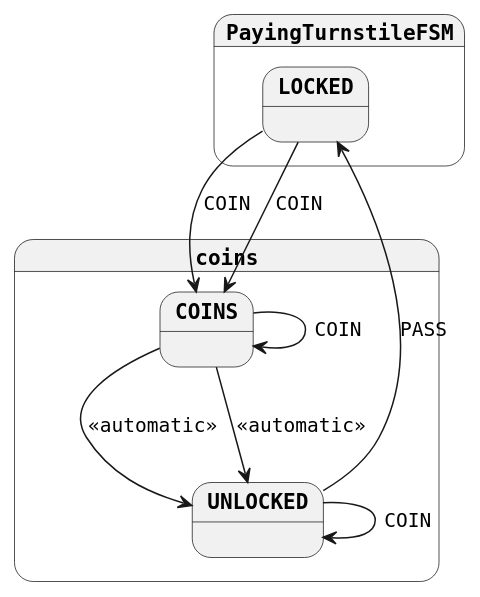
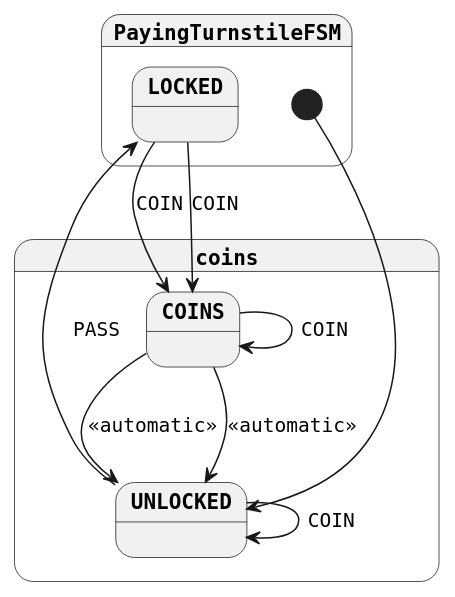
The diagram in generated/paying-turnstile-detail-simple.plantuml (open-jumpco/kfsm), drawn with PlantUML before and after one commit. The commit also changed 13 other files, not shown here.

```diff
--- a/generated/paying-turnstile-detail-simple.plantuml
+++ b/generated/paying-turnstile-detail-simple.plantuml
@@ -1,20 +1,21 @@
 @startuml
 skinparam monochrome true
 skinparam StateFontName Helvetica
 skinparam defaultFontName Monospaced
 skinparam defaultFontStyle Bold
 skinparam state {
     FontStyle Bold
 }
 state coins {
 COINS --> UNLOCKED : <<automatic>>
 COINS --> UNLOCKED : <<automatic>>
 COINS --> COINS : COIN
 }
 state PayingTurnstileFSM {
+[*] --> UNLOCKED
 LOCKED --> COINS : COIN
 LOCKED --> COINS : COIN
 UNLOCKED --> UNLOCKED : COIN
 UNLOCKED --> LOCKED : PASS
 }
 @enduml
```
